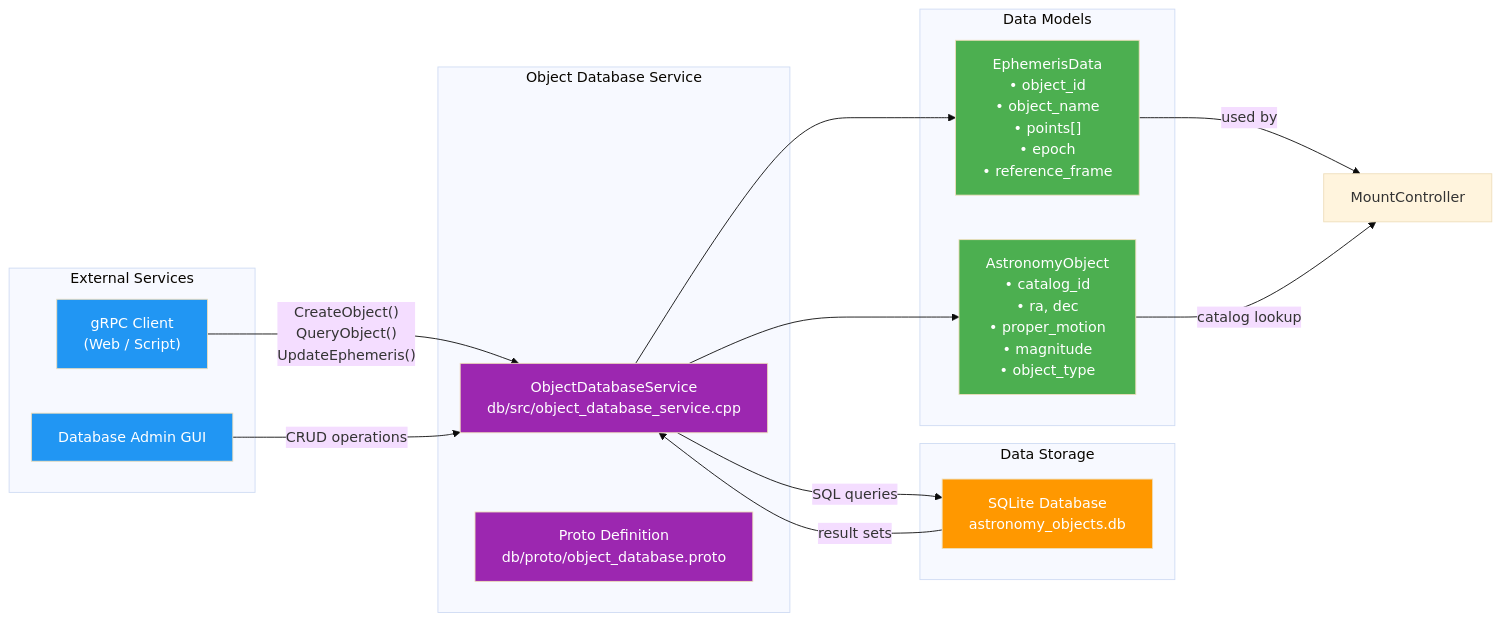
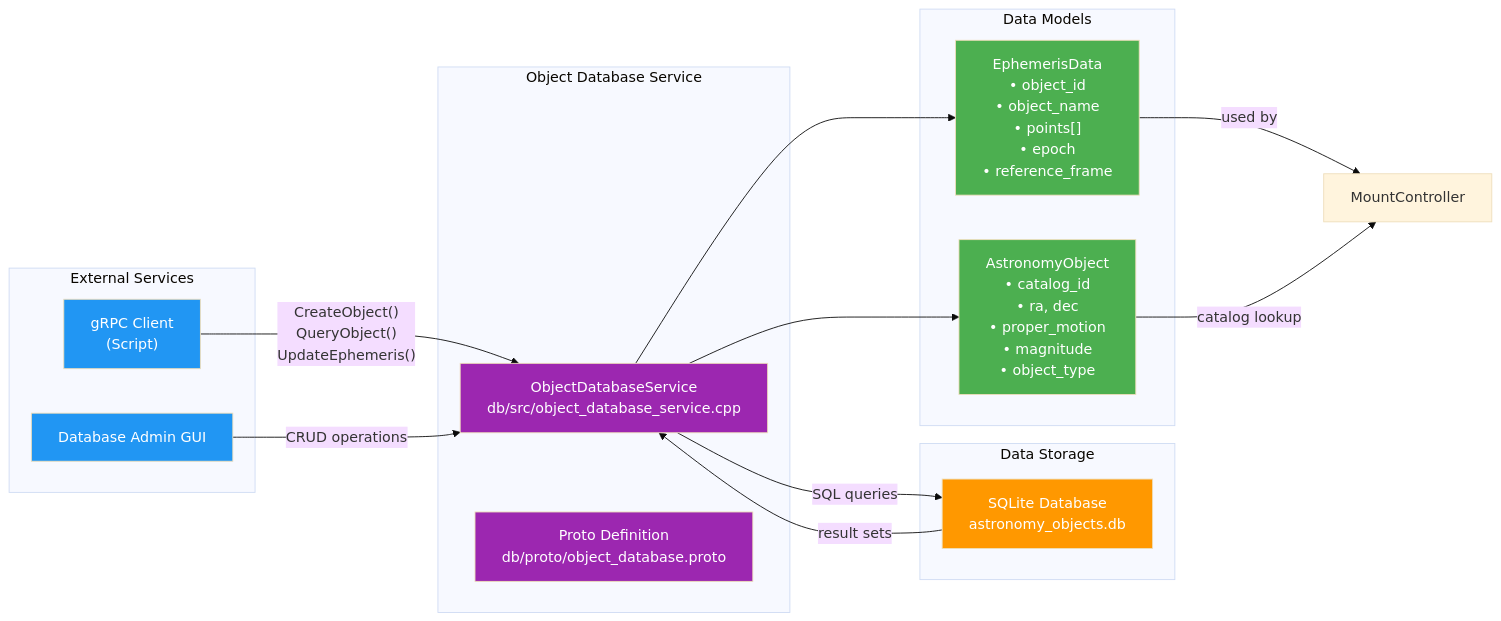
The tenth of 12 diagrams in docs/en/data_flow.md (pielaszkiewicz-jacek/astro_mount_control), drawn with Mermaid (base theme) before and after one commit. The commit also changed 32 other files, not shown here.

````diff
--- a/docs/en/data_flow.md
+++ b/docs/en/data_flow.md
@@ -528,41 +528,41 @@
 ```mermaid
 flowchart LR
     subgraph Services["External Services"]
-        GRPC_CLIENT["gRPC Client<br/>(Web / Script)"]
+        GRPC_CLIENT["gRPC Client<br/>(Script)"]
         DB_GUI["Database Admin GUI"]
     end
     
     subgraph DBService["Object Database Service"]
         ODS["ObjectDatabaseService<br/>db/src/object_database_service.cpp"]
         PROTO["Proto Definition<br/>db/proto/object_database.proto"]
     end
     
     subgraph Storage["Data Storage"]
         SQLITE["SQLite Database<br/>astronomy_objects.db"]
     end
     
     subgraph DataModels["Data Models"]
         EPHEMERIS["EphemerisData<br/>• object_id<br/>• object_name<br/>• points[]<br/>• epoch<br/>• reference_frame"]
         OBJECTS["AstronomyObject<br/>• catalog_id<br/>• ra, dec<br/>• proper_motion<br/>• magnitude<br/>• object_type"]
     end
     
     GRPC_CLIENT -->|"CreateObject()<br/>QueryObject()<br/>UpdateEphemeris()"| ODS
     DB_GUI -->|"CRUD operations"| ODS
     
     ODS -->|"SQL queries"| SQLITE
     SQLITE -->|"result sets"| ODS
     
     ODS --> EPHEMERIS
     ODS --> OBJECTS
     
     EPHEMERIS -->|"used by"| MountController
     OBJECTS -->|"catalog lookup"| MountController
     
     style GRPC_CLIENT fill:#2196F3,color:#fff
     style DB_GUI fill:#2196F3,color:#fff
     style ODS fill:#9C27B0,color:#fff
     style PROTO fill:#9C27B0,color:#fff
     style SQLITE fill:#FF9800,color:#fff
     style EPHEMERIS fill:#4CAF50,color:#fff
     style OBJECTS fill:#4CAF50,color:#fff
 ```
````
